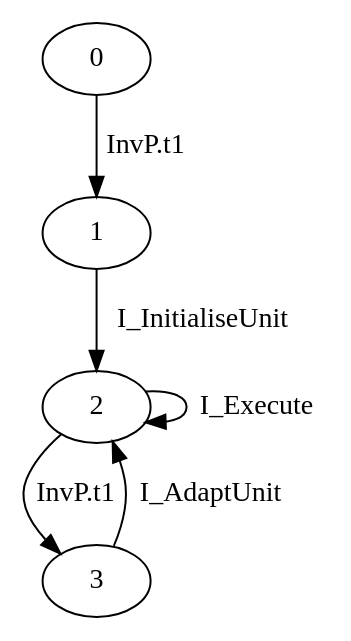
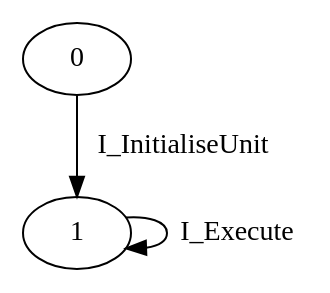
The diagram in src/cspspecs/SenderReceiver_EE/UNIT1.dot (nsrosa70/midarch-go-v13), drawn with Graphviz before and after one commit. The commit also changed 42 other files, not shown here.

```diff
--- a/src/cspspecs/SenderReceiver_EE/UNIT1.dot
+++ b/src/cspspecs/SenderReceiver_EE/UNIT1.dot
@@ -1,7 +1,4 @@
 digraph G {
-  0 -> 1 [ label="InvP.t1" ];
-  1 -> 2 [ label="I_InitialiseUnit" ];
-  2 -> 3 [ label="InvP.t1" ];
-  2 -> 2 [ label="I_Execute" ];
-  3 -> 2 [ label="I_AdaptUnit" ];
+  0 -> 1 [ label="I_InitialiseUnit" ];
+  1 -> 1 [ label="I_Execute" ];
 }
```
